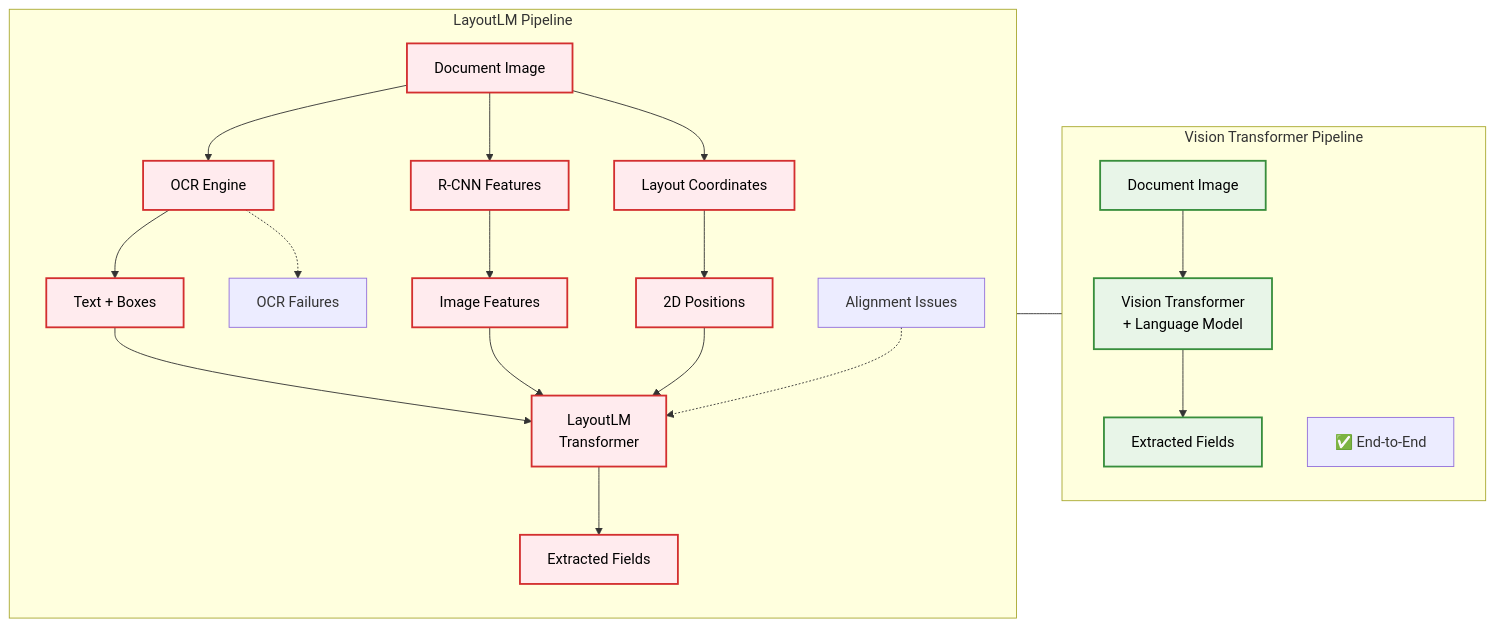
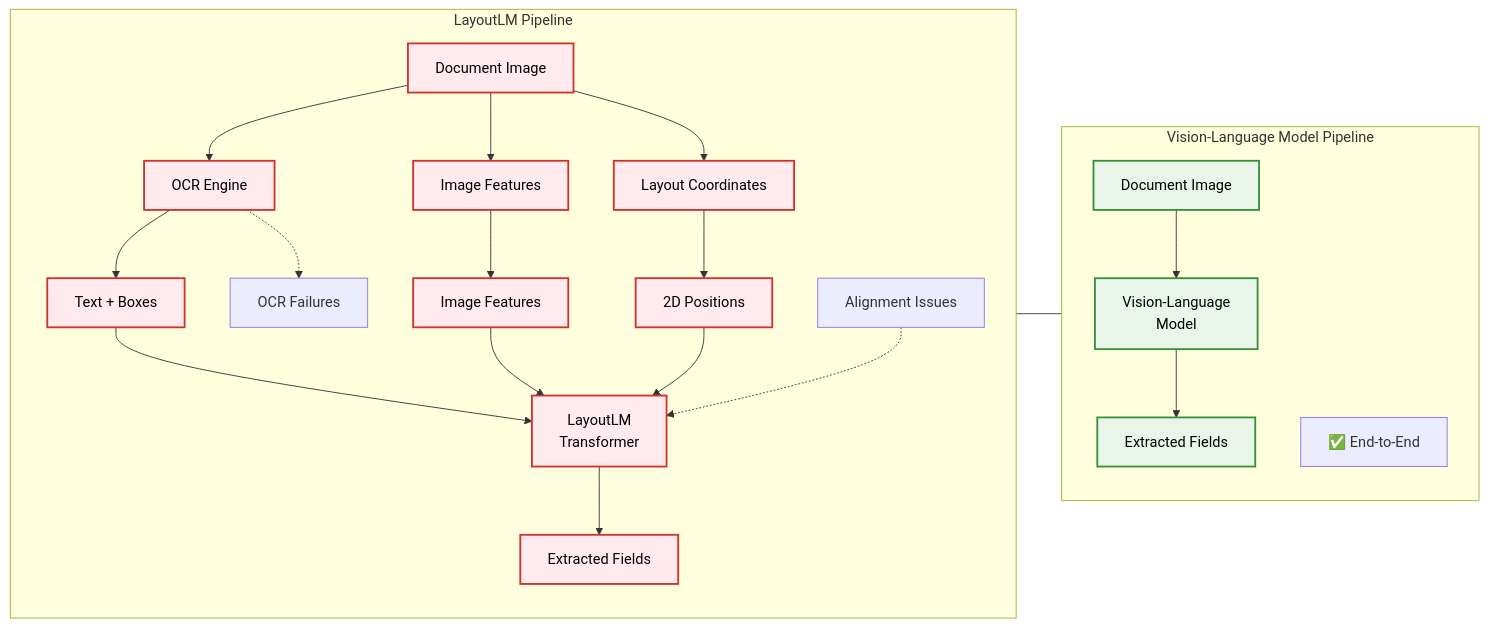
One commit to tmnestor/unified_vision_processor_minimal changed the diagram in presentation_materials/presentation_diagrams/mermaid_exports/LayoutLM_vs_Vision_Transformer_Architecture.mmd. Above: the diagram before and after it, drawn with Mermaid. The commit also changed 12 other files, not shown here.

Commit message:
✨ feat: update presentation materials to reflect Vision-Language Model terminology and enhance clarity for tax document processing

```diff
--- a/presentation_materials/presentation_diagrams/mermaid_exports/LayoutLM_vs_Vision_Transformer_Architecture.mmd
+++ b/presentation_materials/presentation_diagrams/mermaid_exports/LayoutLM_vs_Vision_Transformer_Architecture.mmd
@@ -1,45 +1,45 @@
 flowchart LR
     subgraph layoutlm ["LayoutLM Pipeline"]
         direction TB
         L1[Document Image]
         L1 --> L2A[OCR Engine]
-        L1 --> L2B[R-CNN Features]
+        L1 --> L2B[Image Features]
         L1 --> L2C[Layout Coordinates]
         
         L2A --> L3A[Text + Boxes]
         L2B --> L3B[Image Features] 
         L2C --> L3C[2D Positions]
         
         L2A -.-> L7[OCR Failures]
         
         L3A --> L4[LayoutLM<br/>Transformer]
         L3B --> L4
         L3C --> L4
         
         L8[Alignment Issues] -.-> L4
         
         L4 --> L5[Extracted Fields]
     end
     
-    subgraph vit ["Vision Transformer Pipeline"]
+    subgraph vit ["Vision-Language Model Pipeline"]
         direction TB  
         V1[Document Image] 
-        V1 --> V2[Vision Transformer<br/>+ Language Model]
+        V1 --> V2[Vision-Language<br/>Model]
         V2 --> V3[Extracted Fields]
         
         V7[✅ End-to-End]
     end
     
     %% Force left-to-right layout with LayoutLM first
     layoutlm --- vit
     
     %% Styling
     classDef layoutlmNode fill:#ffebee,stroke:#d32f2f,stroke-width:2px,color:#000
     classDef vitNode fill:#e8f5e8,stroke:#388e3c,stroke-width:2px,color:#000
     classDef issues fill:#fce4ec,stroke:#e91e63,stroke-width:2px,color:#000
     classDef benefits fill:#f1f8e9,stroke:#689f38,stroke-width:2px,color:#000
     
     class L1,L2A,L2B,L2C,L3A,L3B,L3C,L4,L5 layoutlmNode
     class V1,V2,V3 vitNode
     class L6 issues
     class V4 benefits
```
